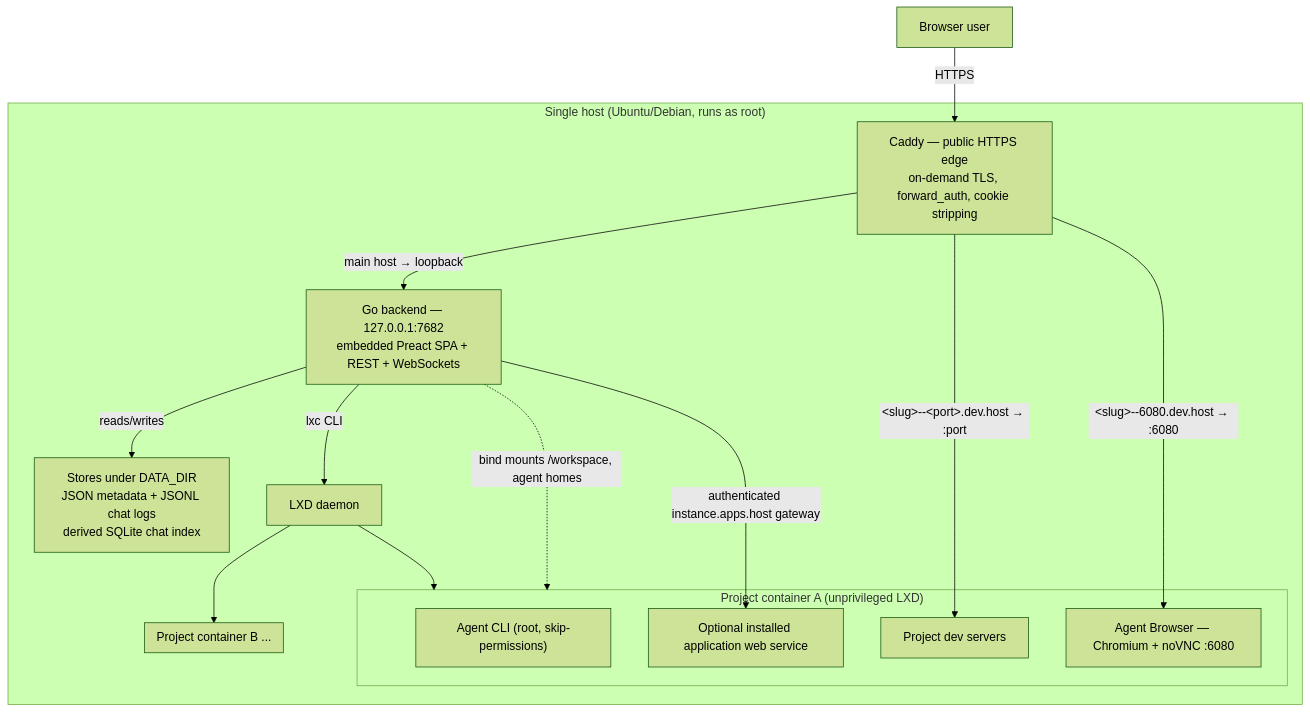
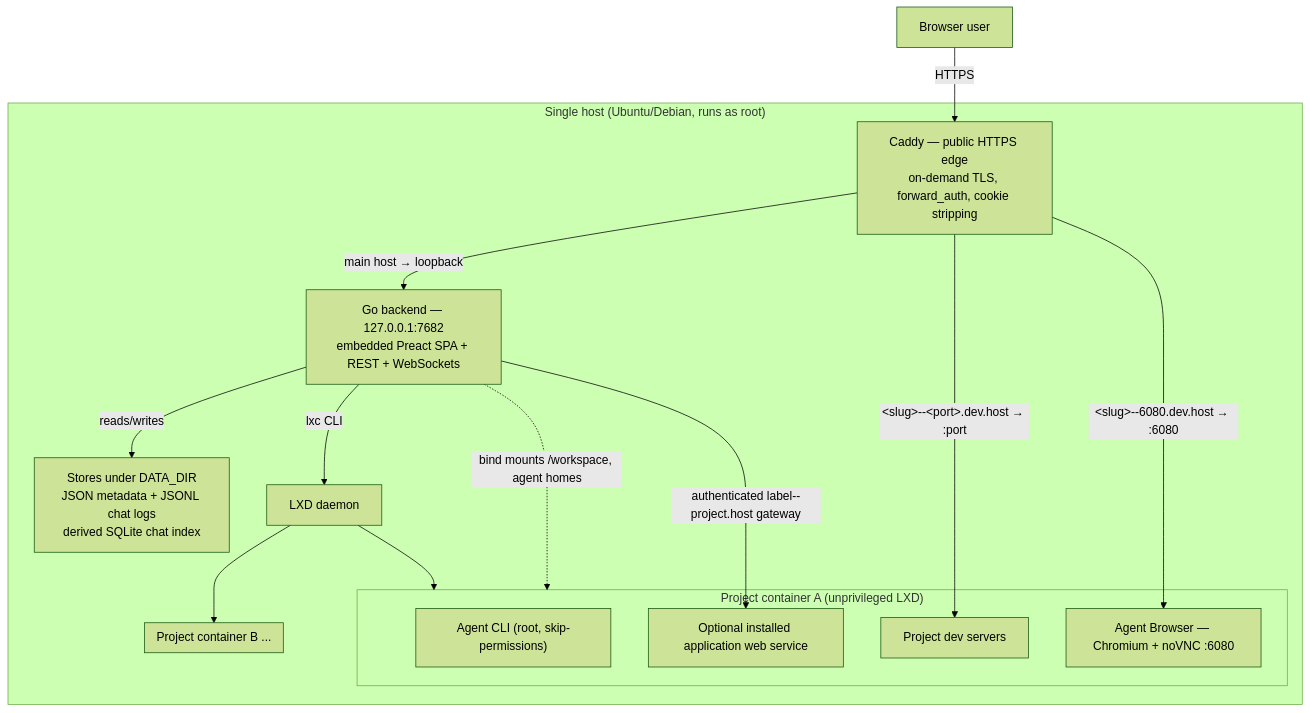
One commit to Ahmedwaleed22/remote.futrx changed the first of 2 diagrams in ARCHITECTURE.md. Above: the diagram before and after it, drawn with Mermaid (forest theme). The commit also changed other lines of this file and 1 other file, not shown here.

````diff
--- a/ARCHITECTURE.md
+++ b/ARCHITECTURE.md
@@ -18,31 +18,31 @@
 ```mermaid
 flowchart TB
     User["Browser user"]
 
     subgraph Host["Single host (Ubuntu/Debian, runs as root)"]
         Caddy["Caddy — public HTTPS edge<br/>on-demand TLS, forward_auth, cookie stripping"]
         Go["Go backend — 127.0.0.1:7682<br/>embedded Preact SPA + REST + WebSockets"]
         Stores["Stores under DATA_DIR<br/>JSON metadata + JSONL chat logs<br/>derived SQLite chat index"]
         LXD["LXD daemon"]
 
         subgraph C1["Project container A (unprivileged LXD)"]
             AgentA["Agent CLI (root, skip-permissions)"]
             AppWeb["Optional installed application web service"]
             AppA["Project dev servers"]
             BrowA["Agent Browser — Chromium + noVNC :6080"]
         end
         subgraph C2["Project container B ..."]
         end
     end
 
     User -->|HTTPS| Caddy
     Caddy -->|"main host → loopback"| Go
-    Go -->|"authenticated instance.apps.host gateway"| AppWeb
+    Go -->|"authenticated label--project.host gateway"| AppWeb
     Caddy -->|"&lt;slug&gt;--&lt;port&gt;.dev.host → :port"| AppA
     Caddy -->|"&lt;slug&gt;--6080.dev.host → :6080"| BrowA
     Go -->|reads/writes| Stores
     Go -->|lxc CLI| LXD
     LXD --> C1
     LXD --> C2
     Go -.->|"bind mounts /workspace, agent homes"| C1
 ```
````
